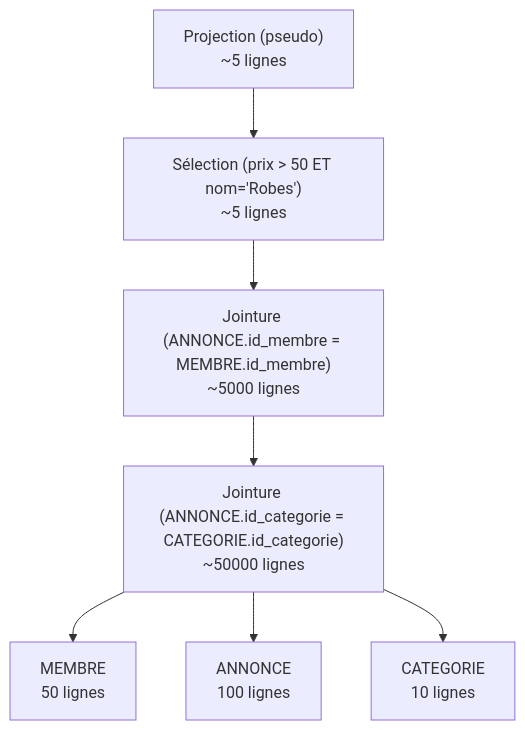
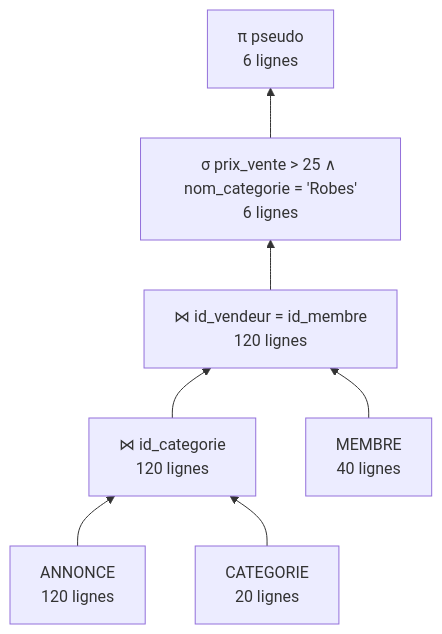
The first of 3 diagrams in README.md (brandyTat237/ProjetDB_fangouo_mihrab), drawn with Mermaid before and after one commit. The commit also changed other lines of this file, not shown here.

````diff
--- a/README.md
+++ b/README.md
@@ -354,9 +373,10 @@
 ```mermaid
-graph TD
-    A["Projection (pseudo)<br/>~5 lignes"] --> B["Sélection (prix > 50 ET nom='Robes')<br/>~5 lignes"]
-    B --> C["Jointure (ANNONCE.id_membre = MEMBRE.id_membre)<br/>~5000 lignes"]
-    C --> D["Jointure (ANNONCE.id_categorie = CATEGORIE.id_categorie)<br/>~50000 lignes"]
-    D --> E["MEMBRE<br/>50 lignes"]
-    D --> F["ANNONCE<br/>100 lignes"]
-    D --> G["CATEGORIE<br/>10 lignes"]
+flowchart BT
+    A["ANNONCE<br/>120 lignes"] --> J1
+    C["CATEGORIE<br/>20 lignes"] --> J1
+    J1["⋈ id_categorie<br/>120 lignes"] --> J2
+    M["MEMBRE<br/>40 lignes"] --> J2
+    J2["⋈ id_vendeur = id_membre<br/>120 lignes"] --> S
+    S["σ prix_vente > 25 ∧ nom_categorie = 'Robes'<br/>6 lignes"] --> P
+    P["π pseudo<br/>6 lignes"]
 ```
````
